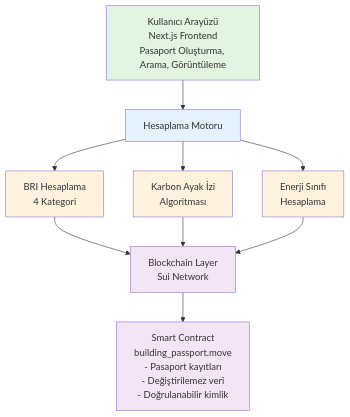
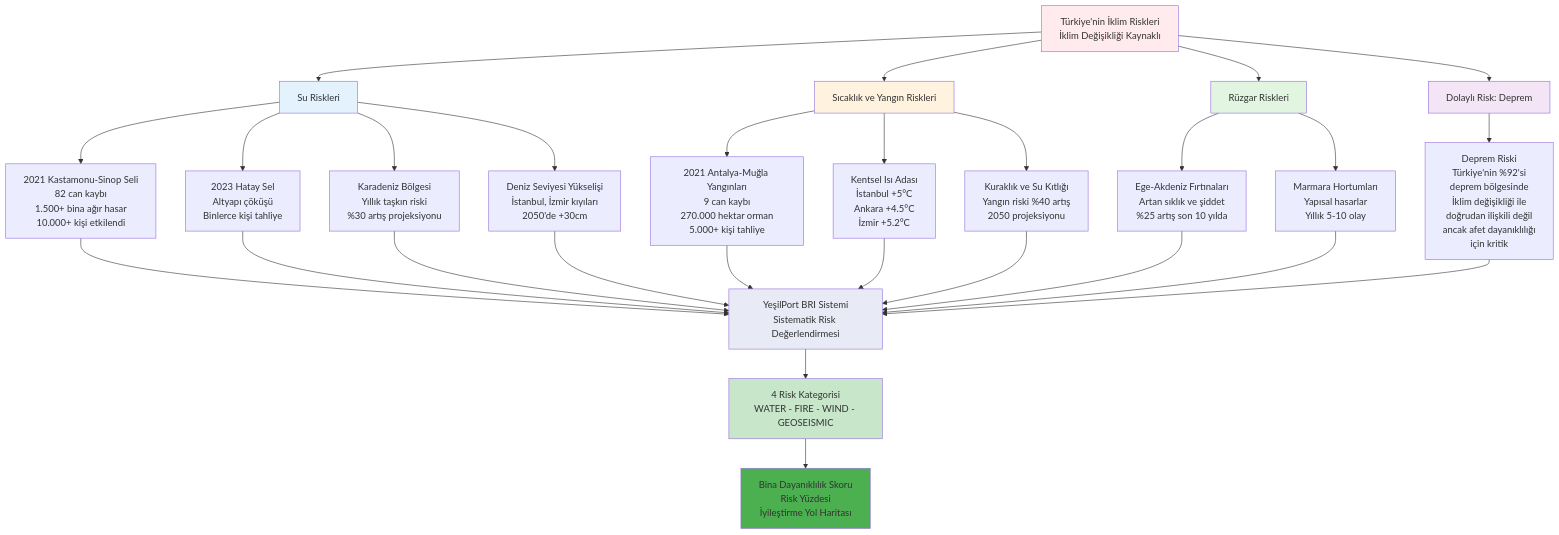
Before and after one commit to enliven17/sgt-YesilPort-dokumantasyon: the first of 10 diagrams in doc1.md, drawn with Mermaid. The commit also changed other lines of this file, not shown here.

````diff
--- a/doc1.md
+++ b/doc1.md
@@ -300,22 +23,44 @@
 ```mermaid
 graph TB
-    A[Kullanıcı Arayüzü<br/>Next.js Frontend<br/>Pasaport Oluşturma, Arama, Görüntüleme] --> B[Hesaplama Motoru]
+    A[Türkiye'nin İklim Riskleri<br/>İklim Değişikliği Kaynaklı] --> B[Su Riskleri]
+    A --> C[Sıcaklık ve Yangın Riskleri]
+    A --> D[Rüzgar Riskleri]
+    A --> E[Dolaylı Risk: Deprem]
     
-    B --> C1[BRI Hesaplama<br/>4 Kategori]
-    B --> C2[Karbon Ayak İzi<br/>Algoritması]
-    B --> C3[Enerji Sınıfı<br/>Hesaplama]
+    B --> B1[2021 Kastamonu-Sinop Seli<br/>82 can kaybı<br/>1.500+ bina ağır hasar<br/>10.000+ kişi etkilendi]
+    B --> B2[2023 Hatay Sel<br/>Altyapı çöküşü<br/>Binlerce kişi tahliye]
+    B --> B3[Karadeniz Bölgesi<br/>Yıllık taşkın riski<br/>%30 artış projeksiyonu]
+    B --> B4[Deniz Seviyesi Yükselişi<br/>İstanbul, İzmir kıyıları<br/>2050'de +30cm]
     
-    C1 --> D[Blockchain Layer<br/>Sui Network]
-    C2 --> D
-    C3 --> D
+    C --> C1[2021 Antalya-Muğla Yangınları<br/>9 can kaybı<br/>270.000 hektar orman<br/>5.000+ kişi tahliye]
+    C --> C2[Kentsel Isı Adası<br/>İstanbul +5°C<br/>Ankara +4.5°C<br/>İzmir +5.2°C]
+    C --> C3[Kuraklık ve Su Kıtlığı<br/>Yangın riski %40 artış<br/>2050 projeksiyonu]
     
-    D --> E[Smart Contract<br/>building_passport.move<br/>- Pasaport kayıtları<br/>- Değiştirilemez veri<br/>- Doğrulanabilir kimlik]
+    D --> D1[Ege-Akdeniz Fırtınaları<br/>Artan sıklık ve şiddet<br/>%25 artış son 10 yılda]
+    D --> D2[Marmara Hortumları<br/>Yapısal hasarlar<br/>Yıllık 5-10 olay]
     
-    style A fill:#e1f5e1
+    E --> E1[Deprem Riski<br/>Türkiye'nin %92'si<br/>deprem bölgesinde<br/>İklim değişikliği ile<br/>doğrudan ilişkili değil<br/>ancak afet dayanıklılığı<br/>için kritik]
+    
+    B1 --> F[YeşilPort BRI Sistemi<br/>Sistematik Risk Değerlendirmesi]
+    B2 --> F
+    B3 --> F
+    B4 --> F
+    C1 --> F
+    C2 --> F
+    C3 --> F
+    D1 --> F
+    D2 --> F
+    E1 --> F
+    
+    F --> G[4 Risk Kategorisi<br/>WATER - FIRE - WIND - GEOSEISMIC]
+    G --> H[Bina Dayanıklılık Skoru<br/>Risk Yüzdesi<br/>İyileştirme Yol Haritası]
+    
+    style A fill:#ffebee
     style B fill:#e3f2fd
-    style C1 fill:#fff3e0
-    style C2 fill:#fff3e0
-    style C3 fill:#fff3e0
-    style D fill:#f3e5f5
+    style C fill:#fff3e0
+    style D fill:#e1f5e1
     style E fill:#f3e5f5
+    style F fill:#e8eaf6
+    style G fill:#c8e6c9
+    style H fill:#4caf50
 ```
````
